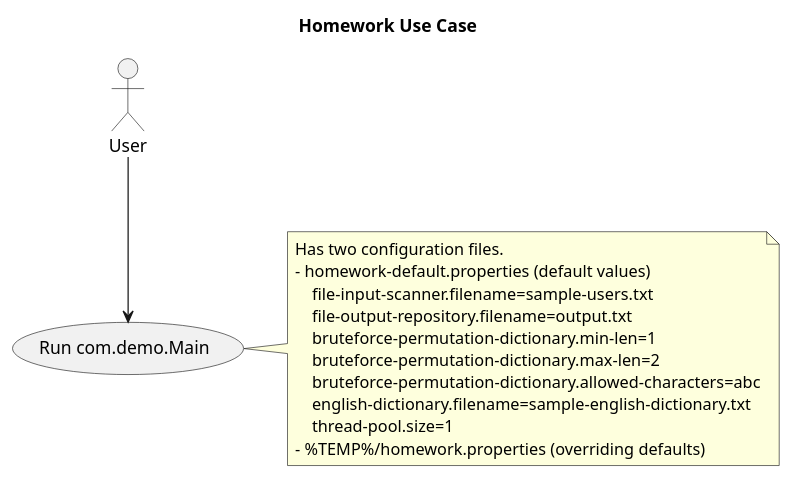
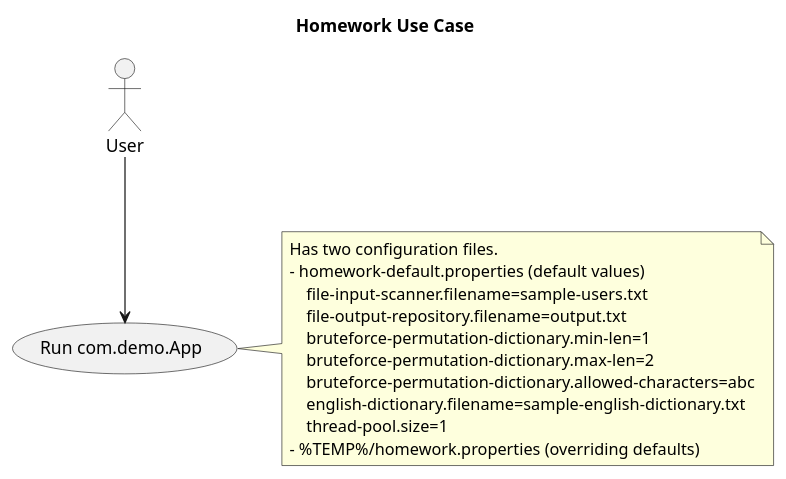
Before and after one commit to Soonki/view-cert: the diagram in dictionary-attack/docs/uml/usecase-diagram.puml, drawn with PlantUML. The commit also changed 8 other files, not shown here.

```diff
--- a/dictionary-attack/docs/uml/usecase-diagram.puml
+++ b/dictionary-attack/docs/uml/usecase-diagram.puml
@@ -1,20 +1,20 @@
 @startuml
 title Homework Use Case
 
 :User: as user
-(Run com.demo.Main) as (use)
+(Run com.demo.App) as (use)
 user --> (use)
 
 note right of (use)
 Has two configuration files.
 - homework-default.properties (default values)
     file-input-scanner.filename=sample-users.txt
     file-output-repository.filename=output.txt
     bruteforce-permutation-dictionary.min-len=1
     bruteforce-permutation-dictionary.max-len=2
     bruteforce-permutation-dictionary.allowed-characters=abc
     english-dictionary.filename=sample-english-dictionary.txt
     thread-pool.size=1
 - %TEMP%/homework.properties (overriding defaults)
 end note
 @enduml
```
